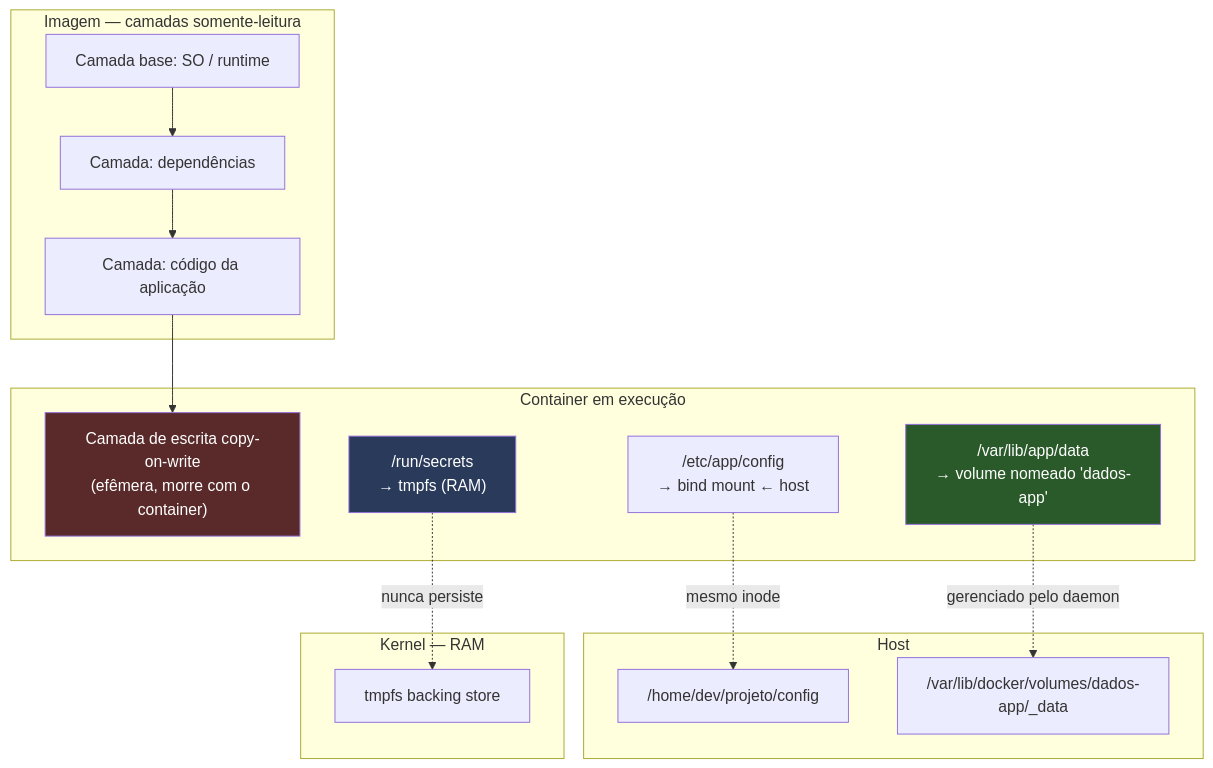
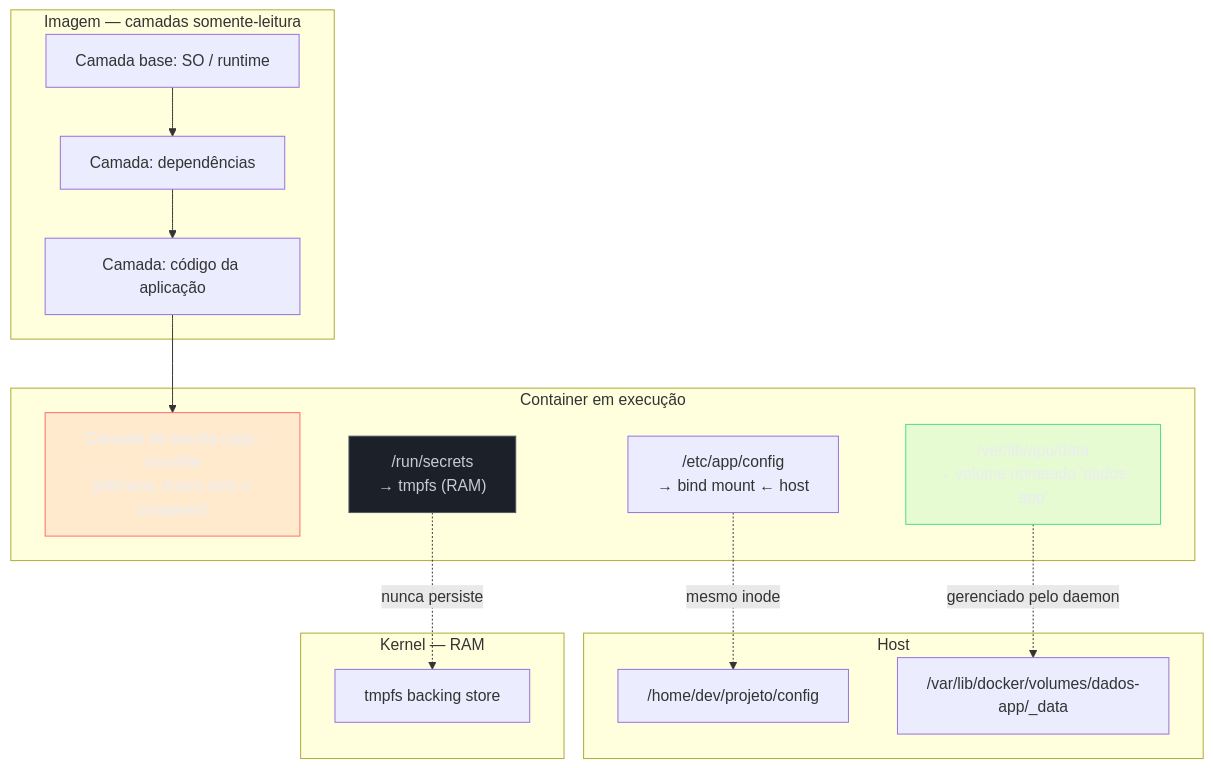
Before and after one commit to josenaldo/codex-technomanticus: the first of 2 diagrams in 03-Dominios/Tecnologia/Infraestrutura/Docker/06 - Dados que sobrevivem ao container.md, drawn with Mermaid. The commit also changed other lines of this file and 1181 other files, not shown here.

First line of the commit message:
fix(diagramas): paleta do sistema no lugar de cor cravada no markdown

````diff
--- a/03-Dominios/Tecnologia/Infraestrutura/Docker/06 - Dados que sobrevivem ao container.md
+++ b/03-Dominios/Tecnologia/Infraestrutura/Docker/06 - Dados que sobrevivem ao container.md
@@ -130,34 +130,37 @@
 ```mermaid
 flowchart TB
+    classDef falha fill:#FF6B6B24,stroke:#FF6B6B,color:#E9ECF2
+    classDef neutro fill:#1B2029,stroke:#4E5666,color:#C6CCD8
+    classDef ok fill:#4ADE8021,stroke:#4ADE80,color:#E9ECF2
     subgraph Imagem["Imagem — camadas somente-leitura"]
         L1["Camada base: SO / runtime"]
         L2["Camada: dependências"]
         L3["Camada: código da aplicação"]
     end
 
     subgraph Runtime["Container em execução"]
         RW["Camada de escrita copy-on-write<br/>(efêmera, morre com o container)"]
         V["/var/lib/app/data<br/>→ volume nomeado 'dados-app'"]
         B["/etc/app/config<br/>→ bind mount ← host"]
         T["/run/secrets<br/>→ tmpfs (RAM)"]
     end
 
     L1 --> L2 --> L3 --> RW
 
     subgraph Host["Host"]
         HostPath["/home/dev/projeto/config"]
         DockerVol["/var/lib/docker/volumes/dados-app/_data"]
     end
 
     subgraph Kernel["Kernel — RAM"]
         RAM["tmpfs backing store"]
     end
 
     V -.gerenciado pelo daemon.-> DockerVol
     B -.mesmo inode.-> HostPath
     T -.nunca persiste.-> RAM
 
-    style RW fill:#5a2a2a,color:#fff
-    style T fill:#2a3a5a,color:#fff
-    style V fill:#2a5a2a,color:#fff
+    class RW falha
+    class T neutro
+    class V ok
 ```
````
